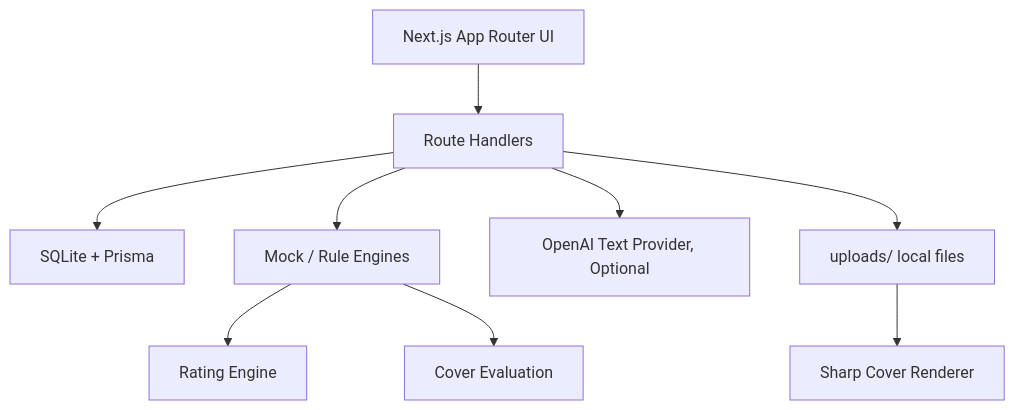
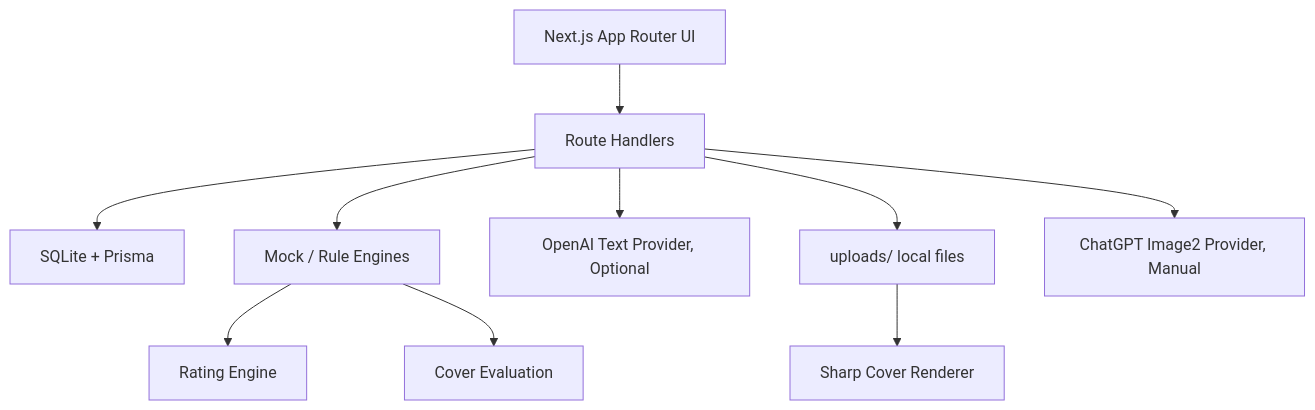
The second of 3 diagrams in README.md (KAtOReNA7/ContentOps-Hub), drawn with Mermaid before and after one commit. The commit also changed other lines of this file and 11 other files, not shown here.

````diff
--- a/README.md
+++ b/README.md
@@ -53,11 +55,12 @@
 ```mermaid
 flowchart TB
   UI["Next.js App Router UI"] --> API["Route Handlers"]
   API --> DB["SQLite + Prisma"]
   API --> Mock["Mock / Rule Engines"]
   API --> OpenAI["OpenAI Text Provider, Optional"]
   API --> File["uploads/ local files"]
   Mock --> Rating["Rating Engine"]
   Mock --> Cover["Cover Evaluation"]
   File --> Render["Sharp Cover Renderer"]
+  API --> Image2["ChatGPT Image2 Provider, Manual"]
 ```
````
